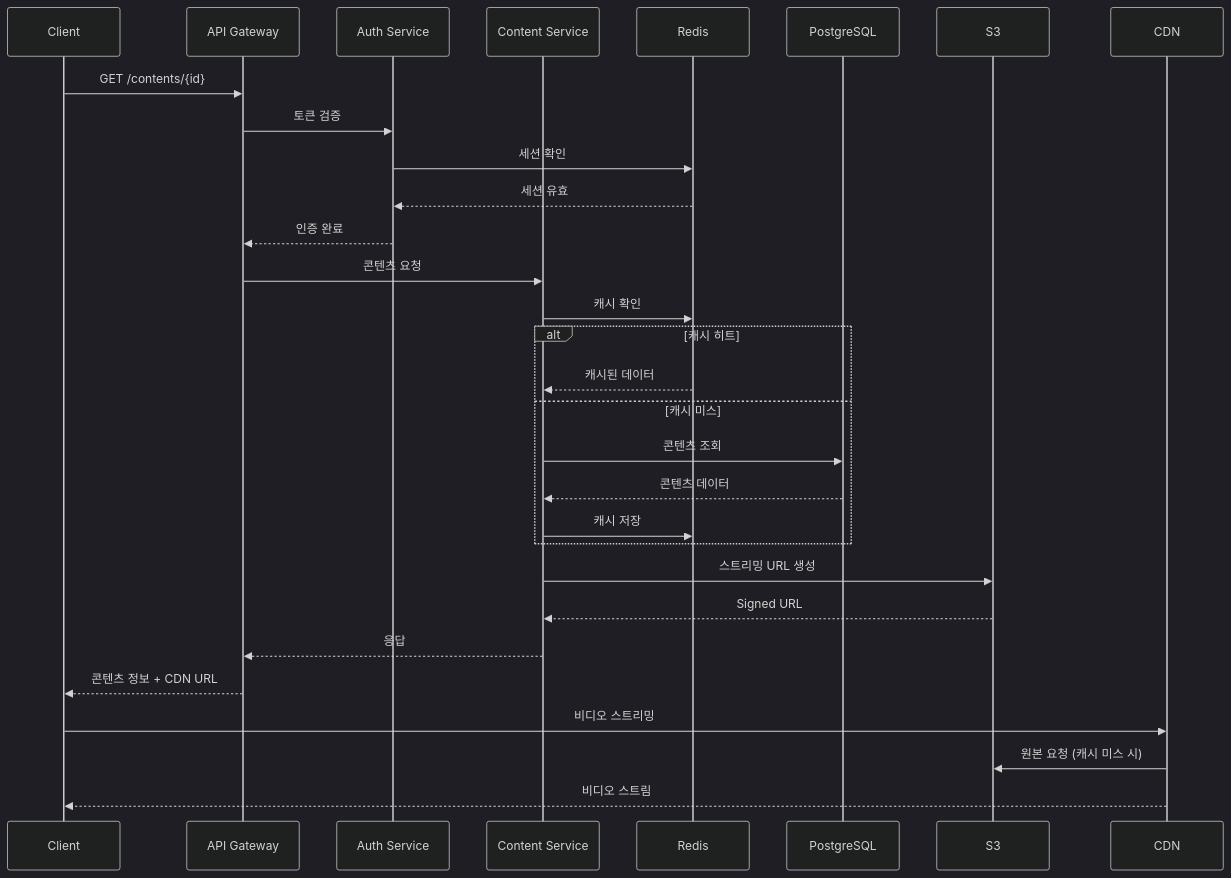
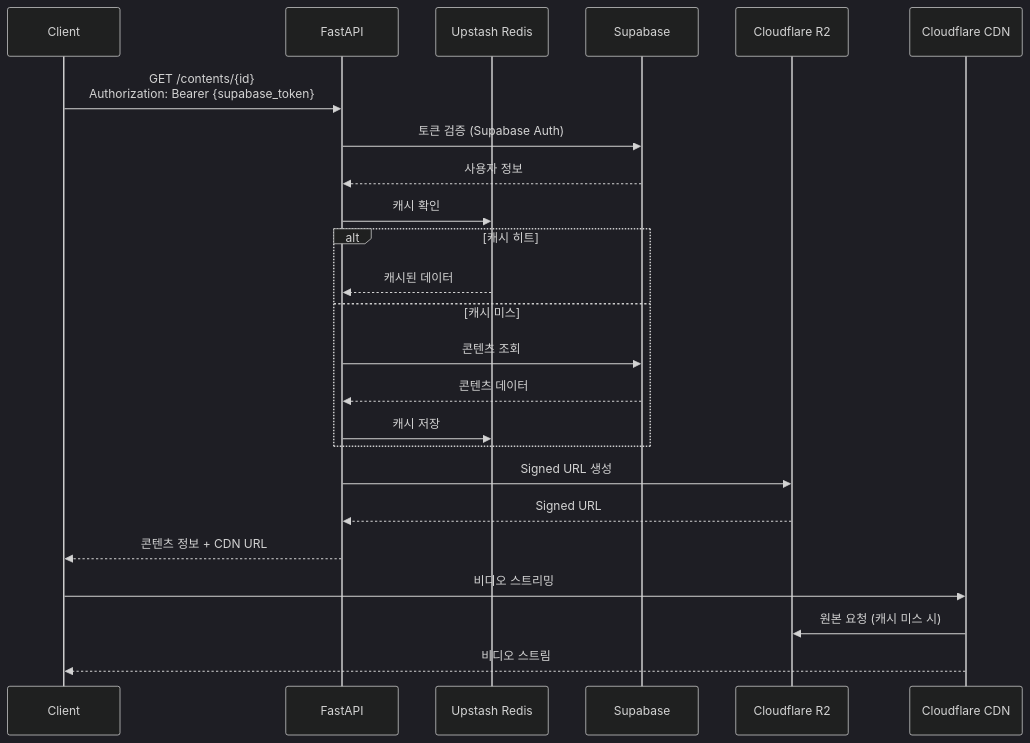
Before and after one commit to Prometheus-P/OndaCoreana: the fourth of 9 diagrams in docs/specs/ARCHITECTURE.md, drawn with Mermaid (dark theme). The commit also changed other lines of this file and 3 other files, not shown here.

````diff
--- a/docs/specs/ARCHITECTURE.md
+++ b/docs/specs/ARCHITECTURE.md
@@ -282,35 +255,30 @@
 ```mermaid
 sequenceDiagram
     participant Client
-    participant Gateway as API Gateway
-    participant Auth as Auth Service
-    participant Content as Content Service
-    participant Cache as Redis
-    participant DB as PostgreSQL
-    participant S3
-    participant CDN
+    participant API as FastAPI
+    participant Cache as Upstash Redis
+    participant DB as Supabase
+    participant R2 as Cloudflare R2
+    participant CDN as Cloudflare CDN
 
-    Client->>Gateway: GET /contents/{id}
-    Gateway->>Auth: 토큰 검증
-    Auth->>Cache: 세션 확인
-    Cache-->>Auth: 세션 유효
-    Auth-->>Gateway: 인증 완료
+    Client->>API: GET /contents/{id}<br/>Authorization: Bearer {supabase_token}
+    API->>DB: 토큰 검증 (Supabase Auth)
+    DB-->>API: 사용자 정보
 
-    Gateway->>Content: 콘텐츠 요청
-    Content->>Cache: 캐시 확인
+    API->>Cache: 캐시 확인
     alt 캐시 히트
-        Cache-->>Content: 캐시된 데이터
+        Cache-->>API: 캐시된 데이터
     else 캐시 미스
-        Content->>DB: 콘텐츠 조회
-        DB-->>Content: 콘텐츠 데이터
-        Content->>Cache: 캐시 저장
+        API->>DB: 콘텐츠 조회
+        DB-->>API: 콘텐츠 데이터
+        API->>Cache: 캐시 저장
     end
-    Content->>S3: 스트리밍 URL 생성
-    S3-->>Content: Signed URL
-    Content-->>Gateway: 응답
-    Gateway-->>Client: 콘텐츠 정보 + CDN URL
+
+    API->>R2: Signed URL 생성
+    R2-->>API: Signed URL
+    API-->>Client: 콘텐츠 정보 + CDN URL
 
     Client->>CDN: 비디오 스트리밍
-    CDN->>S3: 원본 요청 (캐시 미스 시)
+    CDN->>R2: 원본 요청 (캐시 미스 시)
     CDN-->>Client: 비디오 스트림
 ```
````
